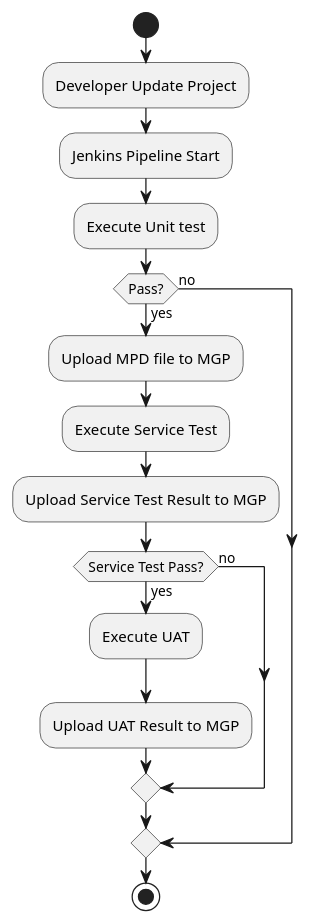
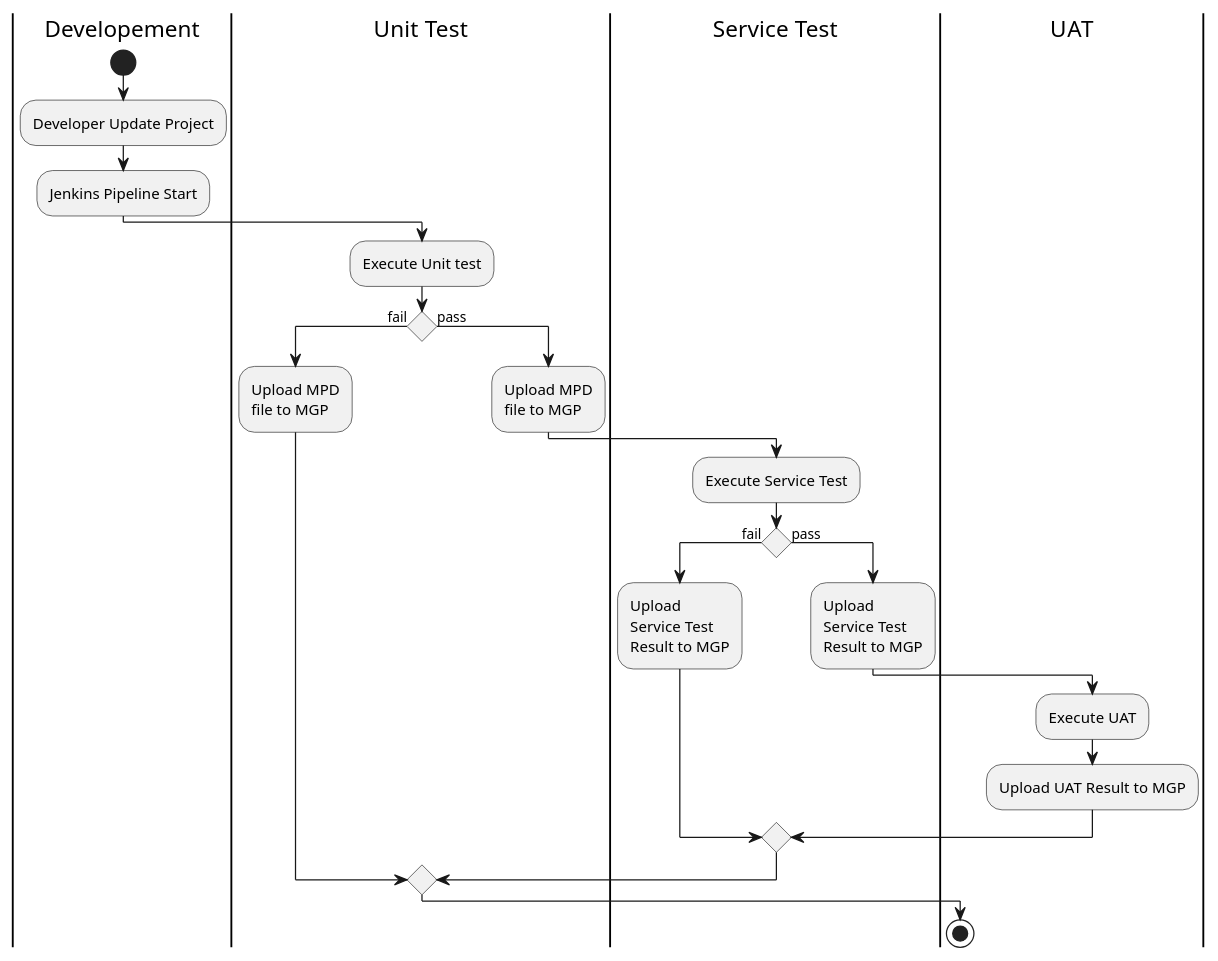
Before and after one commit to b4456609/mgp-back: the diagram in diagram/pipeline.puml, drawn with PlantUML.

Commit message:
update pipline diagram to swimlane

```diff
--- a/diagram/pipeline.puml
+++ b/diagram/pipeline.puml
@@ -1,18 +1,24 @@
 @startuml
+|Developement|
 start
 :Developer Update Project;
 :Jenkins Pipeline Start;
+|Unit Test|
 :Execute Unit test;
-if (Pass?) then (yes)
-    :Upload MPD file to MGP;
+if () then (fail)
+    :Upload MPD\nfile to MGP;
+else (pass)
+    :Upload MPD\nfile to MGP;
+    |Service Test|
     :Execute Service Test;
-       :Upload Service Test Result to MGP;
-    if (Service Test Pass?) then (yes)
+    if () then (fail)
+        :Upload \nService Test \nResult to MGP;
+    else(pass)
+        :Upload \nService Test \nResult to MGP;
+        |UAT|
         :Execute UAT;
         :Upload UAT Result to MGP;
-    else(no)
     endif
-else (no)
 endif
-stop
+stop 
 @enduml
```
